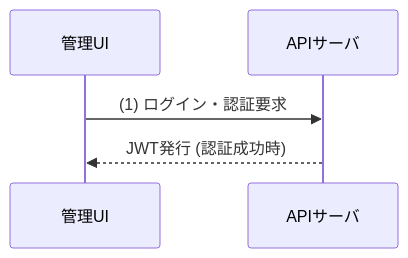
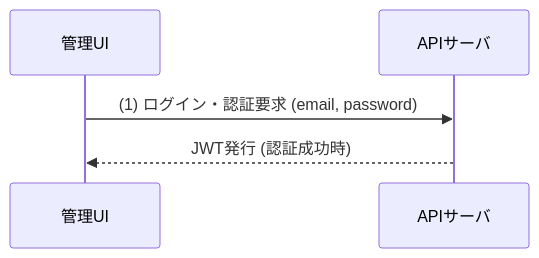
One commit to pon-1234/mlm-test changed the first of 8 diagrams in docs/01_flowchart.md. Above: the diagram before and after it, drawn with Mermaid. The commit also changed other lines of this file, not shown here.

````diff
--- a/docs/01_flowchart.md
+++ b/docs/01_flowchart.md
@@ -5,8 +7,9 @@
 ```mermaid
+
 sequenceDiagram
     participant 管理UI
     participant APIサーバ
-    管理UI->>APIサーバ: (1) ログイン・認証要求
+    管理UI->>APIサーバ: (1) ログイン・認証要求 (email, password)
     APIサーバ-->>管理UI: JWT発行 (認証成功時)
 
 ```
````
